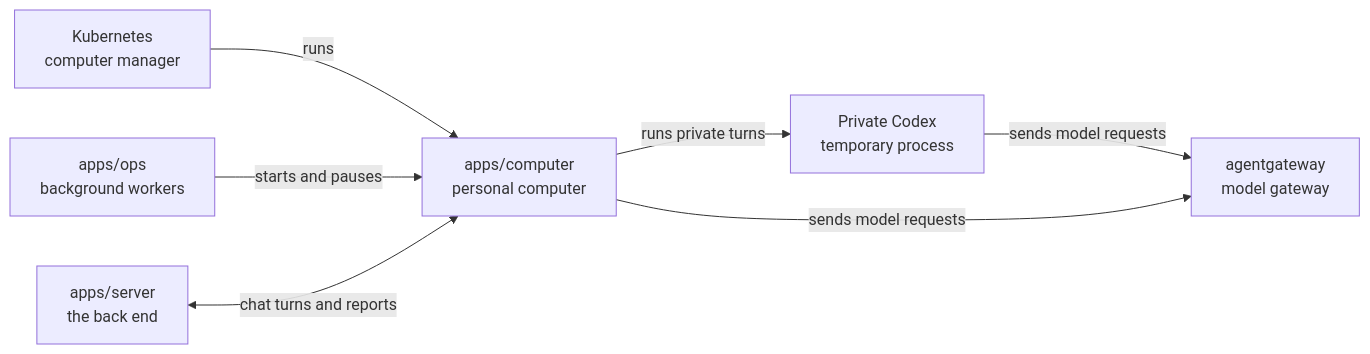
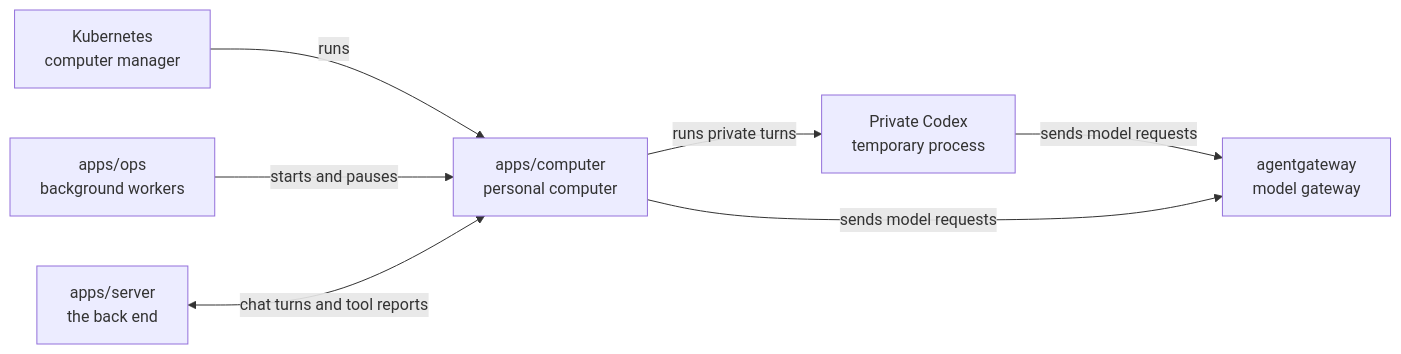
The diagram in apps/computer/README.md (elewa-git/opencrane-new), drawn with Mermaid before and after one commit. The commit also changed other lines of this file and 31 other files, not shown here.

````diff
--- a/apps/computer/README.md
+++ b/apps/computer/README.md
@@ -15,9 +15,9 @@
 ```mermaid
 flowchart LR
   kube["Kubernetes<br/>computer manager"] -->|runs| computer["apps/computer<br/>personal computer"]
   ops["apps/ops<br/>background workers"] -->|starts and pauses| computer
-  server["apps/server<br/>the back end"] <-->|chat turns and reports| computer
+  server["apps/server<br/>the back end"] <-->|chat turns and tool reports| computer
   computer -->|runs private turns| private["Private Codex<br/>temporary process"]
   private -->|sends model requests| gateway
   computer -->|sends model requests| gateway["agentgateway<br/>model gateway"]
 ```
````
